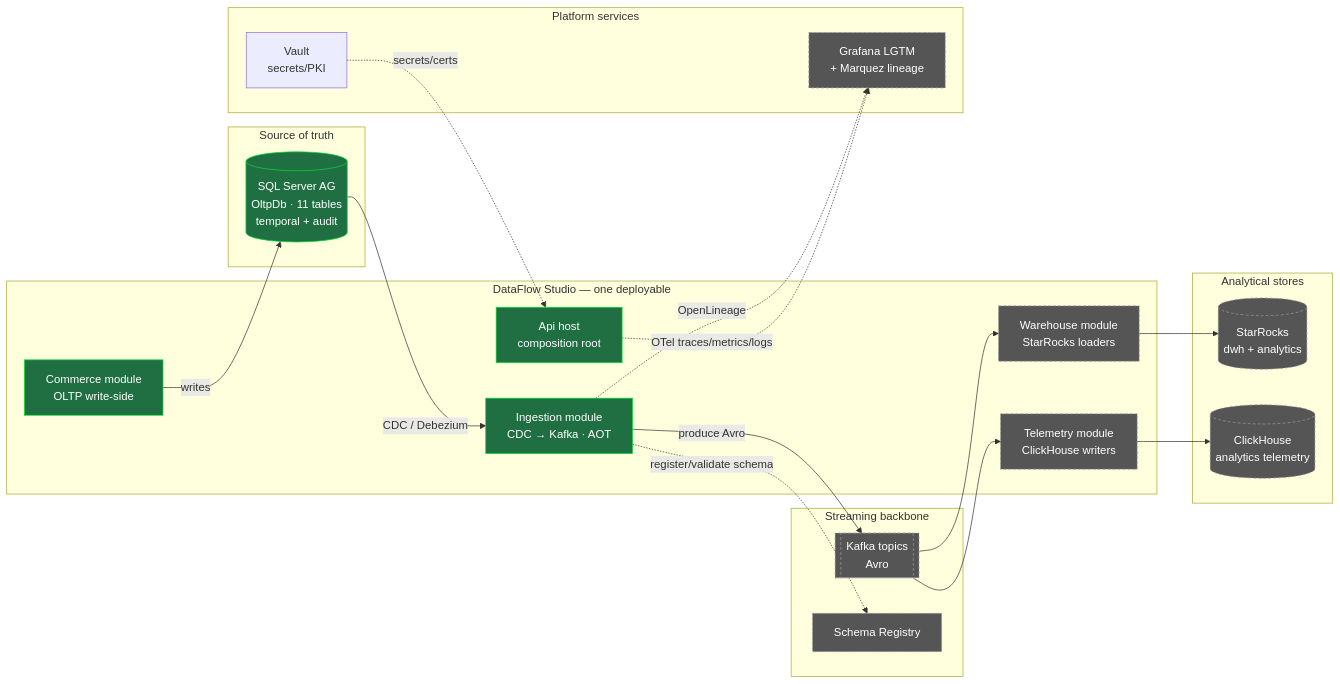
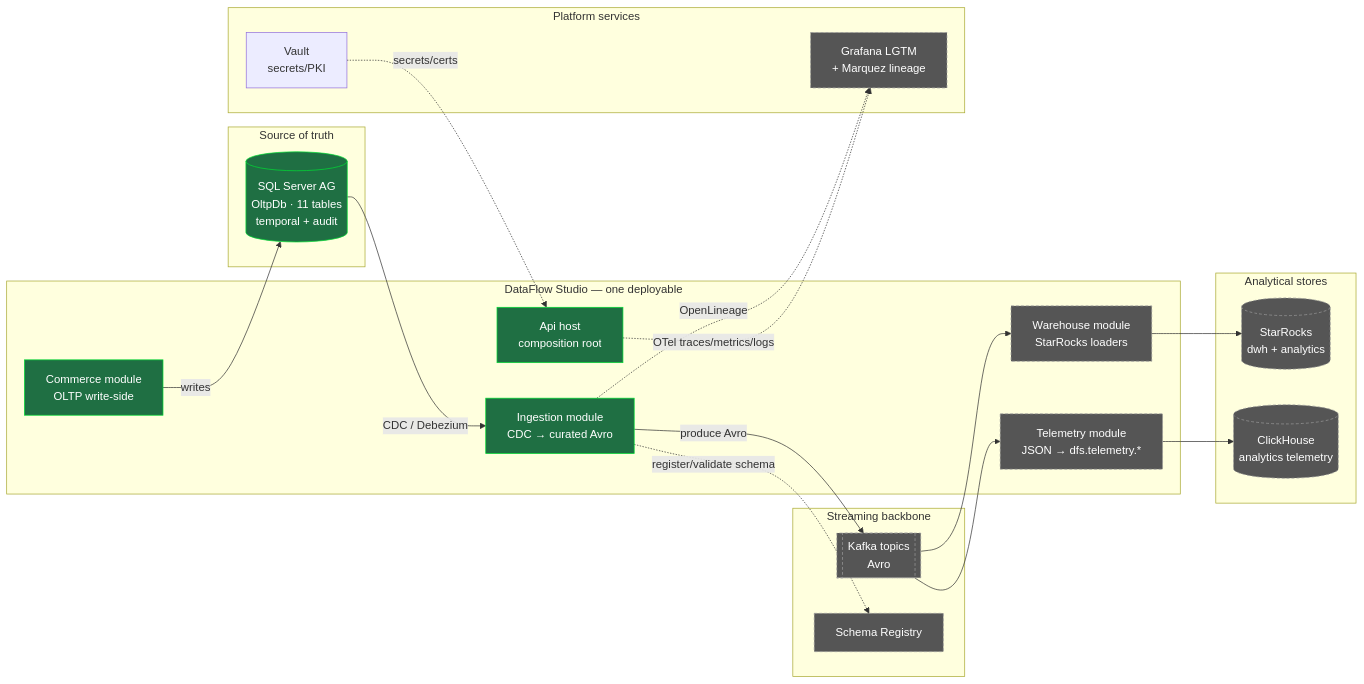
Before and after one commit to grezap/dataflow-studio: the first of 5 diagrams in docs/architecture.md, drawn with Mermaid. The commit also changed other lines of this file and 37 other files, not shown here.

First line of the commit message:
feat: ClickHouse telemetry sink — native Kafka-engine ingestion (#20)

````diff
--- a/docs/architecture.md
+++ b/docs/architecture.md
@@ -33,44 +33,44 @@
 ```mermaid
 flowchart LR
     subgraph ext_src[Source of truth]
         SQL[(SQL Server AG<br/>OltpDb · 11 tables<br/>temporal + audit)]
     end
 
     subgraph dfs[DataFlow Studio — one deployable]
         API[Api host<br/>composition root]
-        ING[Ingestion module<br/>CDC → Kafka · AOT]
+        ING[Ingestion module<br/>CDC → curated Avro]
         WH[Warehouse module<br/>StarRocks loaders]
-        TEL[Telemetry module<br/>ClickHouse writers]
+        TEL[Telemetry module<br/>JSON → dfs.telemetry.*]
         COM[Commerce module<br/>OLTP write-side]
     end
 
     subgraph bus[Streaming backbone]
         KAFKA[[Kafka topics<br/>Avro]]
         SR_REG[Schema Registry]
     end
 
     subgraph sinks[Analytical stores]
         STAR[(StarRocks<br/>dwh + analytics)]
         CH[(ClickHouse<br/>analytics telemetry)]
     end
 
     subgraph plat[Platform services]
         VAULT[Vault<br/>secrets/PKI]
         OBS[Grafana LGTM<br/>+ Marquez lineage]
     end
 
     SQL -- CDC / Debezium --> ING
     ING -- produce Avro --> KAFKA
     ING -. register/validate schema .-> SR_REG
     KAFKA --> WH --> STAR
     KAFKA --> TEL --> CH
     COM -- writes --> SQL
     VAULT -. secrets/certs .-> API
     API -. OTel traces/metrics/logs .-> OBS
     ING -. OpenLineage .-> OBS
 
     classDef built fill:#1f6f43,stroke:#0d3,color:#fff;
     classDef planned fill:#555,stroke:#999,color:#fff,stroke-dasharray:4 3;
     class API,ING,COM,SQL built;
     class WH,TEL,STAR,CH,KAFKA,SR_REG,OBS planned;
 ```
````
